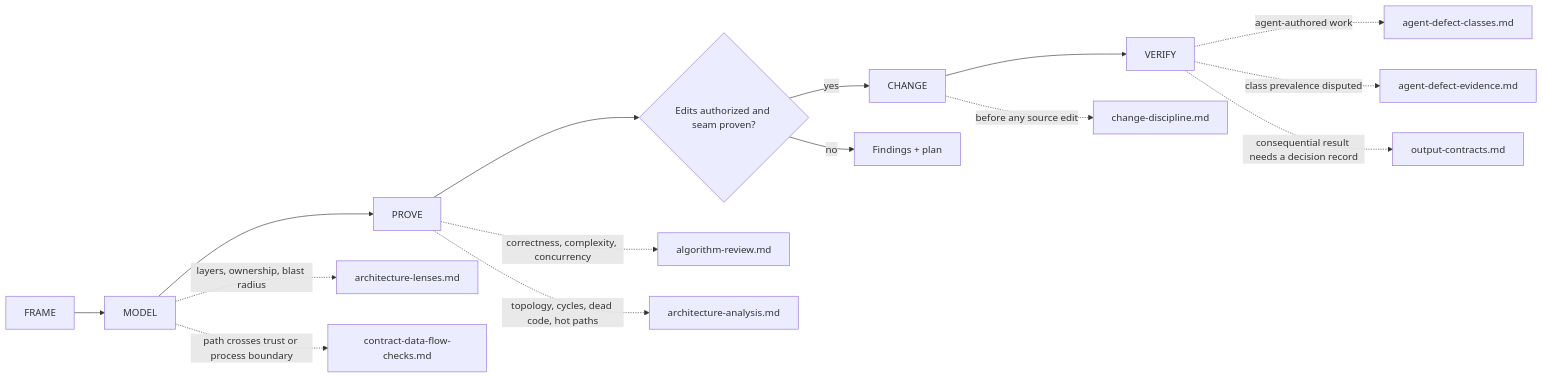
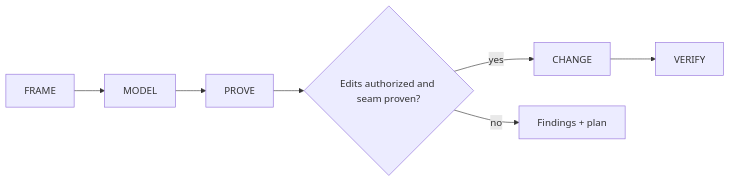
Before and after one commit to bgauryy/octocode: the diagram in skills/octocode-architect/SKILL.md, drawn with Mermaid. The commit also changed other lines of this file and 527 other files, not shown here.

````diff
--- a/skills/octocode-architect/SKILL.md
+++ b/skills/octocode-architect/SKILL.md
@@ -14,15 +14,7 @@
 ```mermaid
 flowchart LR
     F[FRAME] --> M[MODEL] --> P[PROVE]
     P --> E{"Edits authorized and seam proven?"}
     E -- yes --> C[CHANGE] --> V[VERIFY]
     E -- no --> R["Findings + plan"]
-    M -. "layers, ownership, blast radius" .-> L["architecture-lenses.md"]
-    M -. "path crosses trust or process boundary" .-> D["contract-data-flow-checks.md"]
-    P -. "correctness, complexity, concurrency" .-> A["algorithm-review.md"]
-    P -. "topology, cycles, dead code, hot paths" .-> T["architecture-analysis.md"]
-    C -. "before any source edit" .-> CD["change-discipline.md"]
-    V -. "agent-authored work" .-> AC["agent-defect-classes.md"]
-    V -. "class prevalence disputed" .-> AE["agent-defect-evidence.md"]
-    V -. "consequential result needs a decision record" .-> O["output-contracts.md"]
 ```
````
